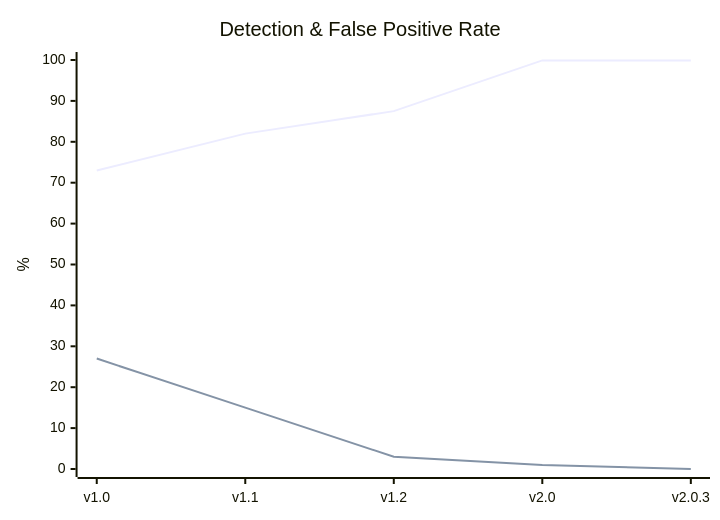
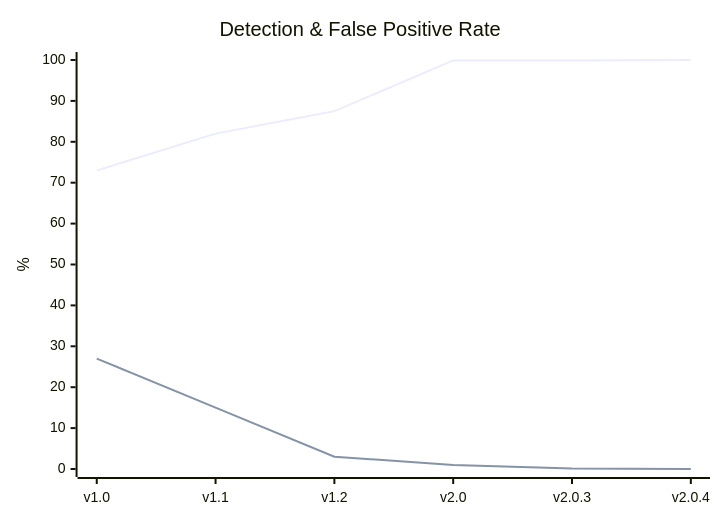
The diagram in README.md (elementmerc/anya), drawn with Mermaid before and after one commit. The commit also changed other lines of this file and 6 other files, not shown here.

````diff
--- a/README.md
+++ b/README.md
@@ -118,8 +118,8 @@
 ```mermaid
 xychart-beta
     title "Detection & False Positive Rate"
-    x-axis ["v1.0", "v1.1", "v1.2", "v2.0", "v2.0.3"]
+    x-axis ["v1.0", "v1.1", "v1.2", "v2.0", "v2.0.3", "v2.0.4"]
     y-axis "%" 0 --> 100
-    line "Detection" [73.0, 82.0, 87.5, 99.9, 99.9]
-    line "FP rate (x10)" [27.0, 15.0, 3.0, 1.0, 0.0]
+    line "Detection" [73.0, 82.0, 87.5, 99.9, 99.9, 100.0]
+    line "FP rate (x10)" [27.0, 15.0, 3.0, 1.0, 0.1, 0.0]
 ```
````
